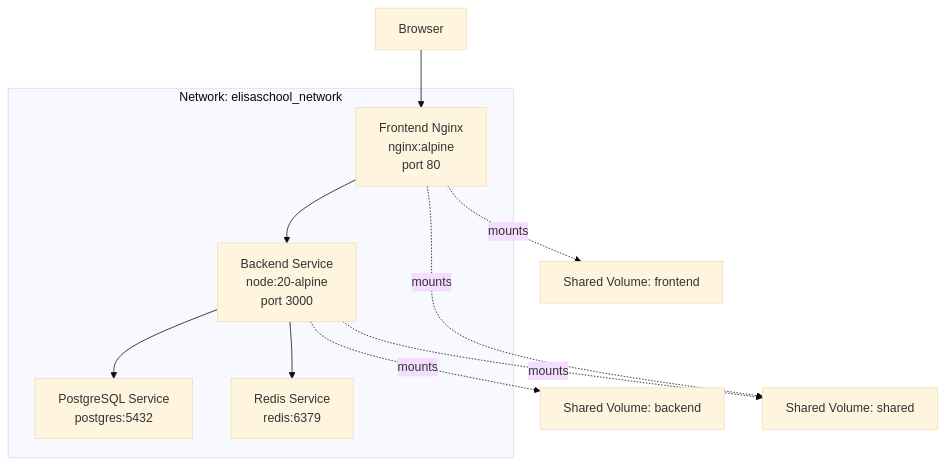
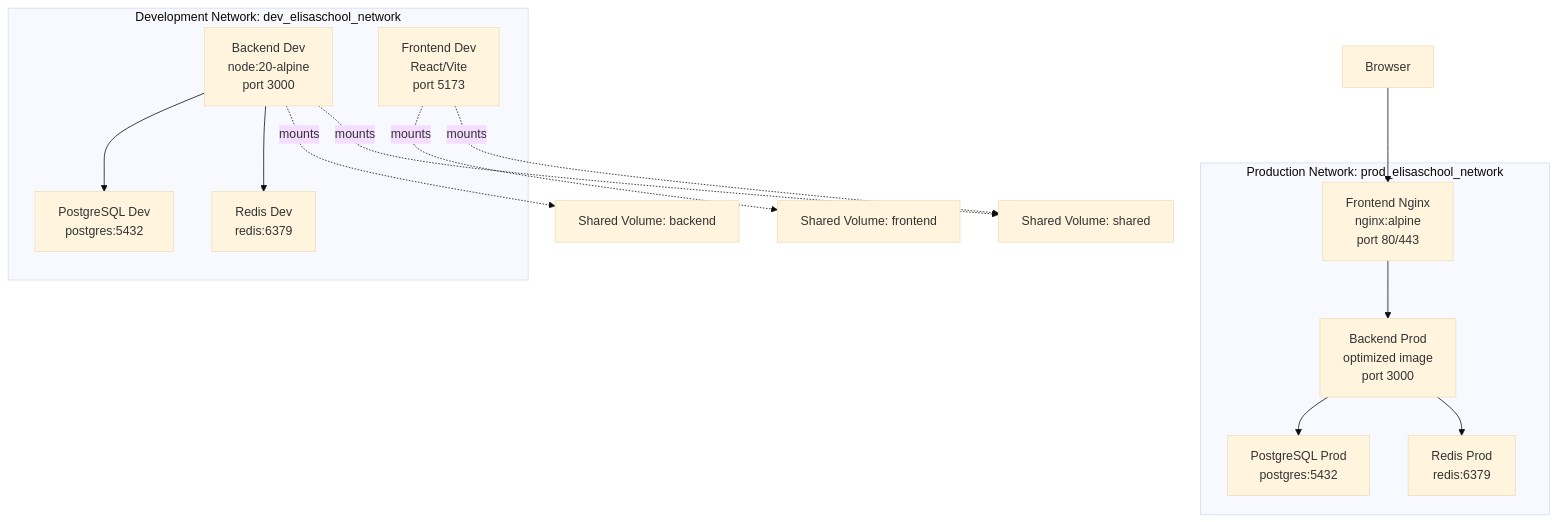
Before and after one commit to franckylab/eLISAschool: the second of 5 diagrams in .qoder/repowiki/en/content/Deployment & Docker Configuration.md, drawn with Mermaid (base theme). The commit also changed other lines of this file and 126 other files, not shown here.

````diff
--- a/.qoder/repowiki/en/content/Deployment & Docker Configuration.md
+++ b/.qoder/repowiki/en/content/Deployment & Docker Configuration.md
@@ -88,21 +101,29 @@
 ```mermaid
 graph TB
-subgraph "Network: elisaschool_network"
-Postgres["PostgreSQL Service<br/>postgres:5432"]
-Redis["Redis Service<br/>redis:6379"]
-Backend["Backend Service<br/>node:20-alpine<br/>port 3000"]
-FrontendNginx["Frontend Nginx<br/>nginx:alpine<br/>port 80"]
+subgraph "Development Network: dev_elisaschool_network"
+PostgresDev["PostgreSQL Dev<br/>postgres:5432"]
+RedisDev["Redis Dev<br/>redis:6379"]
+BackendDev["Backend Dev<br/>node:20-alpine<br/>port 3000"]
+FrontendDev["Frontend Dev<br/>React/Vite<br/>port 5173"]
+end
+subgraph "Production Network: prod_elisaschool_network"
+PostgresProd["PostgreSQL Prod<br/>postgres:5432"]
+RedisProd["Redis Prod<br/>redis:6379"]
+BackendProd["Backend Prod<br/>optimized image<br/>port 3000"]
+FrontendNginx["Frontend Nginx<br/>nginx:alpine<br/>port 80/443"]
 end
 Browser["Browser"]
 DevVolB["Shared Volume: backend"]
 DevVolF["Shared Volume: frontend"]
 DevVolS["Shared Volume: shared"]
 Browser --> FrontendNginx
-FrontendNginx --> Backend
-Backend --> Postgres
-Backend --> Redis
-FrontendNginx -. mounts .-> DevVolF
-FrontendNginx -. mounts .-> DevVolS
-Backend -. mounts .-> DevVolB
-Backend -. mounts .-> DevVolS
+FrontendNginx --> BackendProd
+BackendProd --> PostgresProd
+BackendProd --> RedisProd
+BackendDev --> PostgresDev
+BackendDev --> RedisDev
+FrontendDev -. mounts .-> DevVolF
+FrontendDev -. mounts .-> DevVolS
+BackendDev -. mounts .-> DevVolB
+BackendDev -. mounts .-> DevVolS
 ```
````
